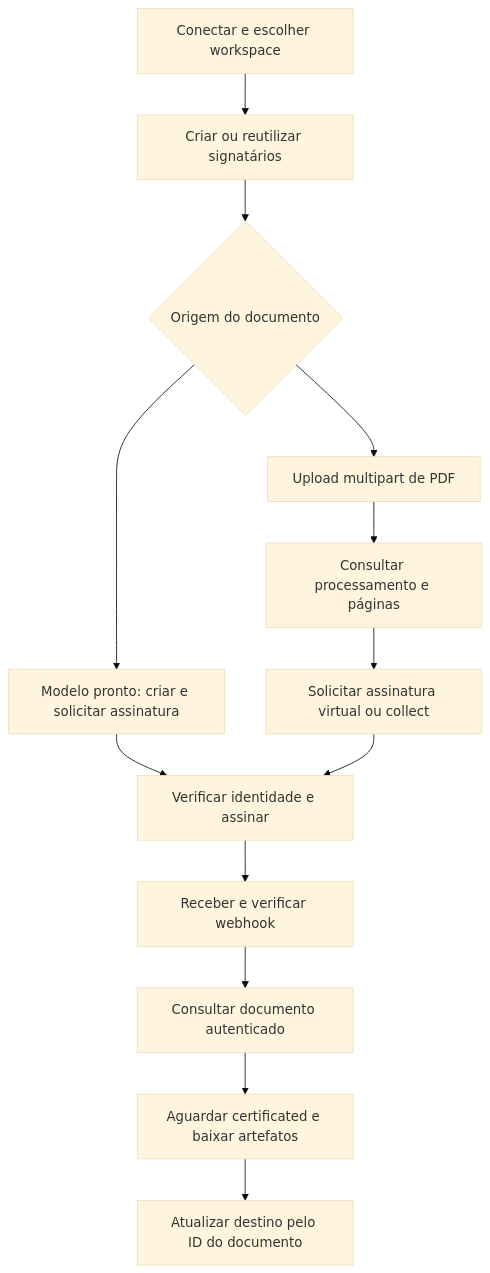
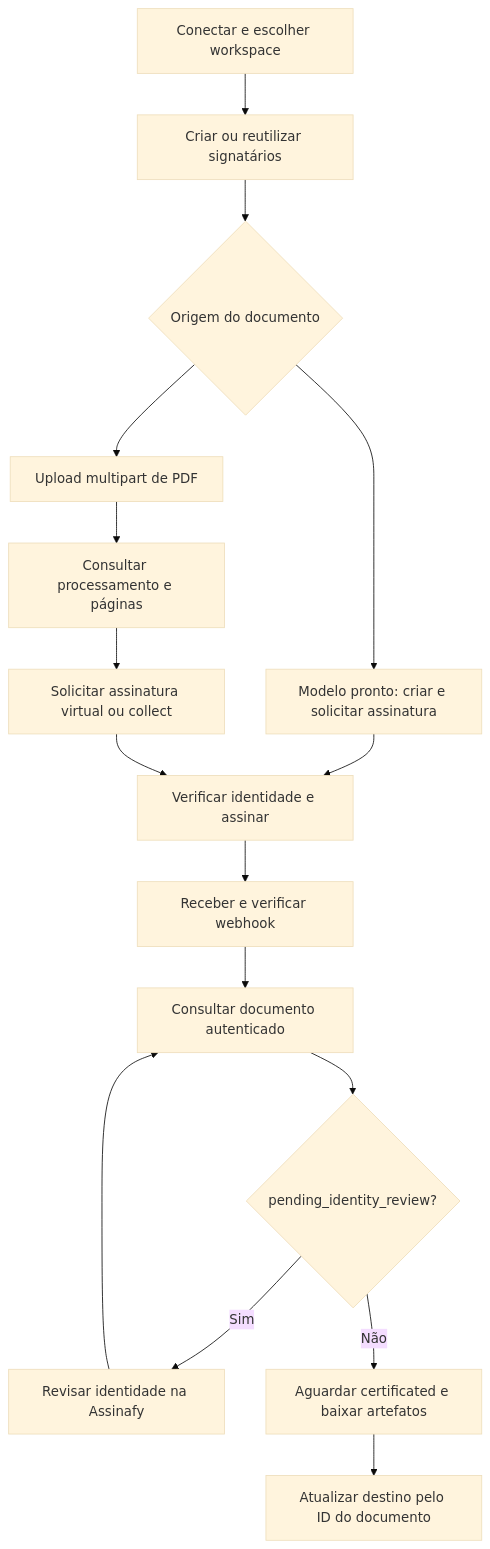
Before and after one commit to assinafy/pluga-webhooks: the diagram in README.md, drawn with Mermaid (base theme). The commit also changed other lines of this file and 23 other files, not shown here.

````diff
--- a/README.md
+++ b/README.md
@@ -40,15 +40,18 @@
 ```mermaid
 flowchart TD
   A[Conectar e escolher workspace] --> B[Criar ou reutilizar signatários]
   B --> C{Origem do documento}
   C --> D[Modelo pronto: criar e solicitar assinatura]
   C --> E[Upload multipart de PDF]
   E --> F[Consultar processamento e páginas]
   F --> G[Solicitar assinatura virtual ou collect]
   D --> H[Verificar identidade e assinar]
   G --> H
   H --> I[Receber e verificar webhook]
   I --> J[Consultar documento autenticado]
-  J --> K[Aguardar certificated e baixar artefatos]
+  J --> R{pending_identity_review?}
+  R -->|Sim| S[Revisar identidade na Assinafy]
+  S --> J
+  R -->|Não| K[Aguardar certificated e baixar artefatos]
   K --> L[Atualizar destino pelo ID do documento]
 ```
````
